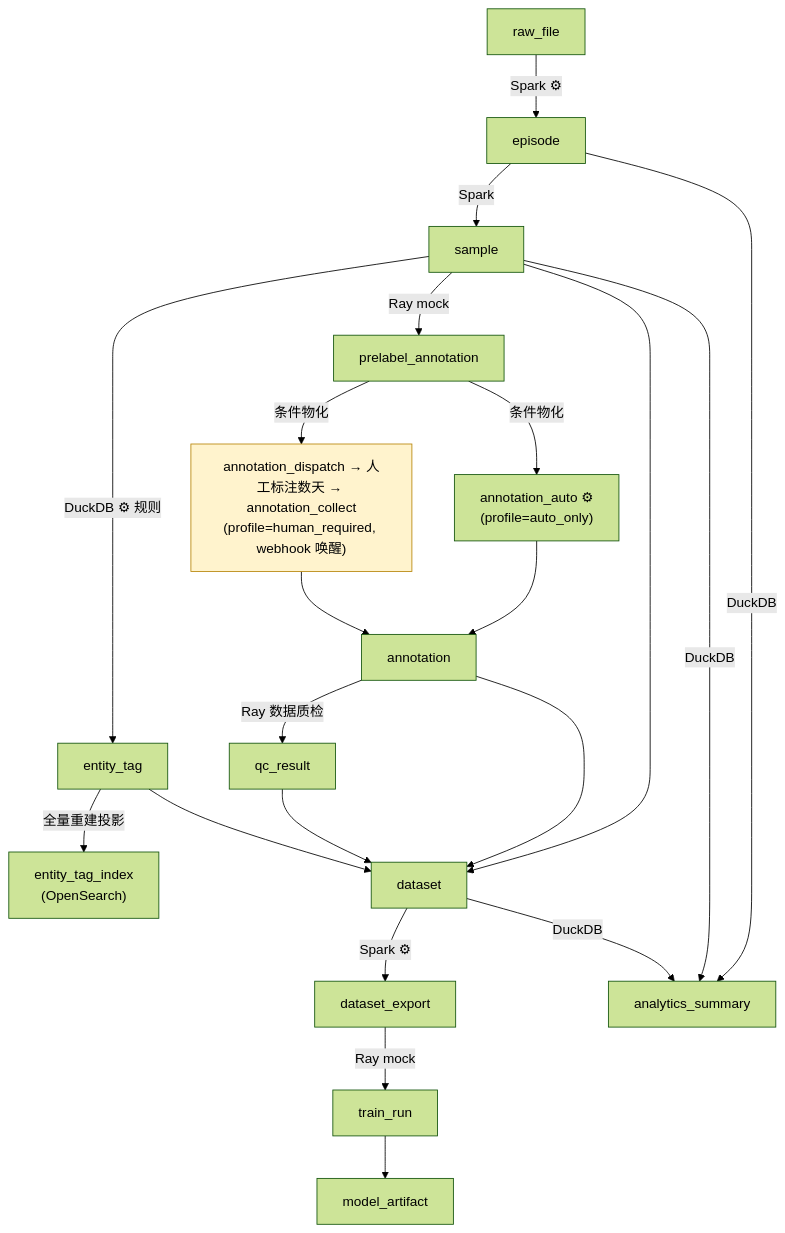
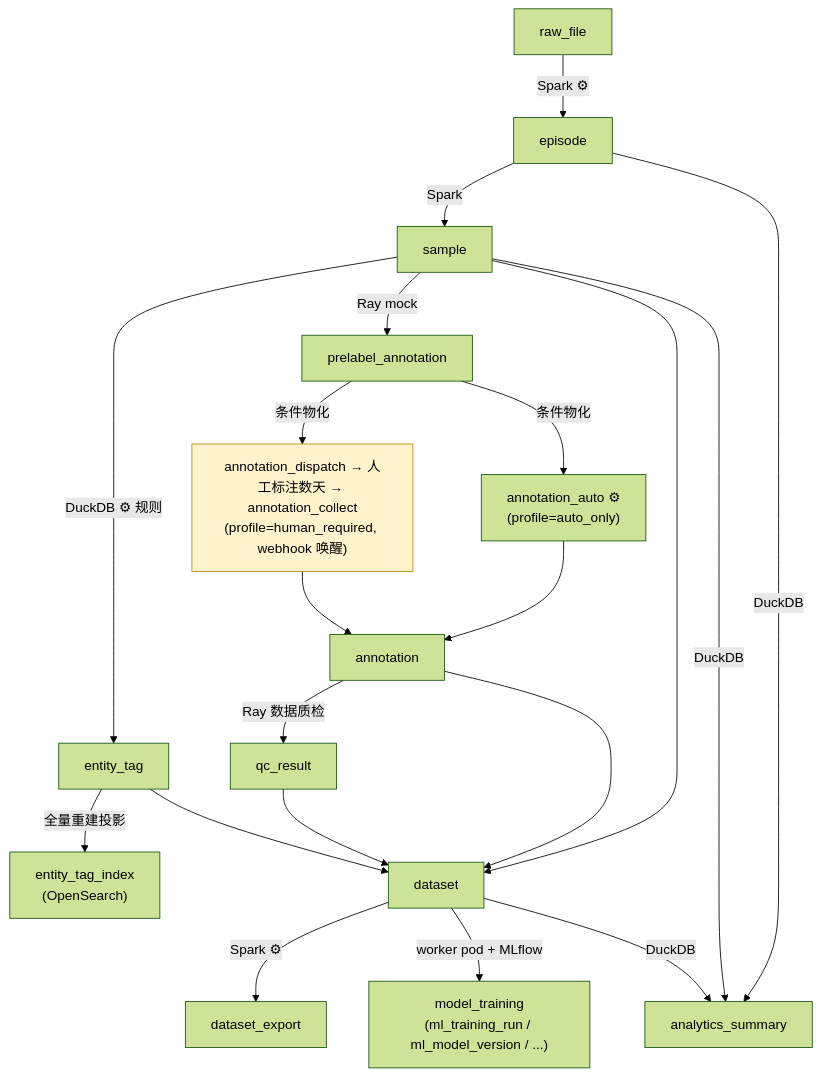
One commit to hxndg/edp changed the sixth of 6 diagrams in README.md. Above: the diagram before and after it, drawn with Mermaid (forest theme). The commit also changed other lines of this file and 37 other files, not shown here.

````diff
--- a/README.md
+++ b/README.md
@@ -667,24 +743,23 @@
 ```mermaid
 graph TD
     RAW[raw_file] -->|Spark ⚙| EP[episode]
     EP -->|Spark| SAMPLE[sample]
     SAMPLE -->|Ray mock| PRELABEL[prelabel_annotation]
     PRELABEL -->|条件物化| AUTO["annotation_auto ⚙<br/>(profile=auto_only)"]
     PRELABEL -->|条件物化| DISPATCH["annotation_dispatch → 人工标注数天 → annotation_collect<br/>(profile=human_required, webhook 唤醒)"]
     style DISPATCH fill:#fff3cd,stroke:#b8860b
     AUTO --> ANNO[annotation]
     DISPATCH --> ANNO
     ANNO -->|Ray 数据质检| QC[qc_result]
     SAMPLE -->|DuckDB ⚙ 规则| TAG[entity_tag]
     TAG -->|全量重建投影| TAGIDX["entity_tag_index<br/>(OpenSearch)"]
     SAMPLE --> DATASET
     ANNO --> DATASET
     QC --> DATASET
     TAG --> DATASET[dataset]
     DATASET -->|Spark ⚙| EXPORT[dataset_export]
-    EXPORT -->|Ray mock| TRAIN[train_run]
-    TRAIN --> ARTIFACT[model_artifact]
+    DATASET -->|"worker pod + MLflow"| TRAIN["model_training<br/>(ml_training_run / ml_model_version / ...)"]
     EP -->|DuckDB| ANALYTICS[analytics_summary]
     SAMPLE -->|DuckDB| ANALYTICS
     DATASET -->|DuckDB| ANALYTICS
 ```
````
